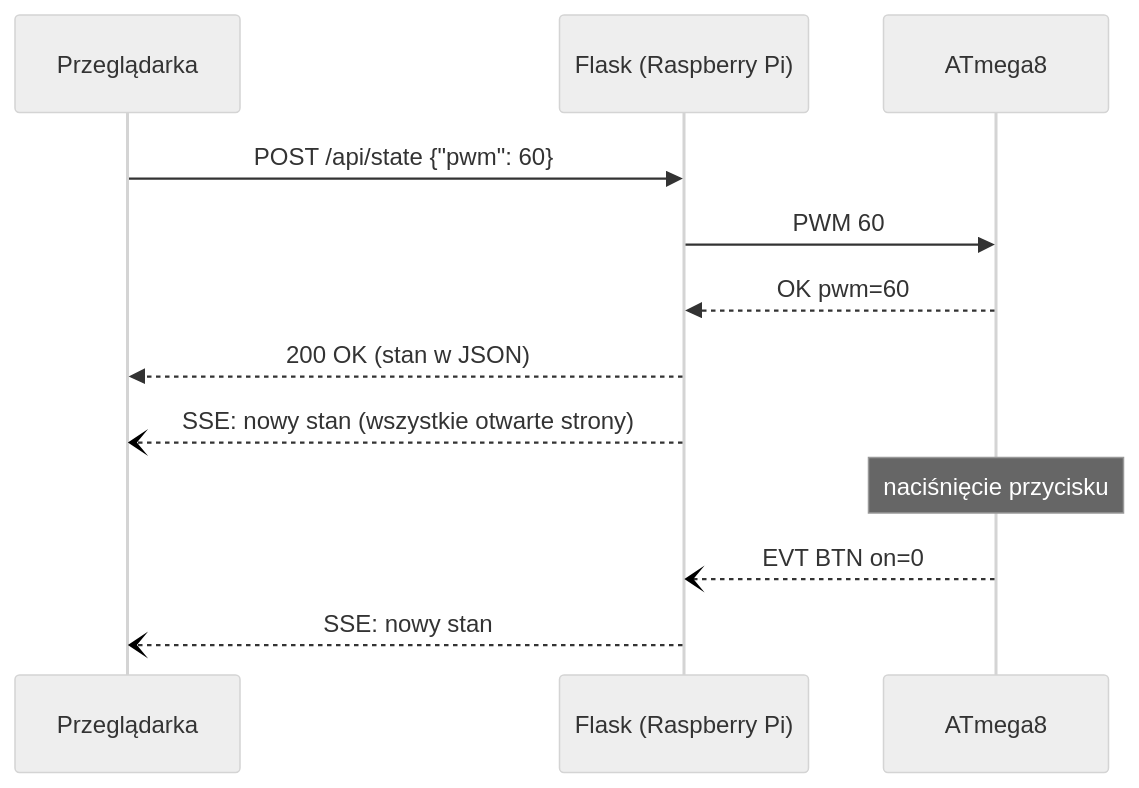
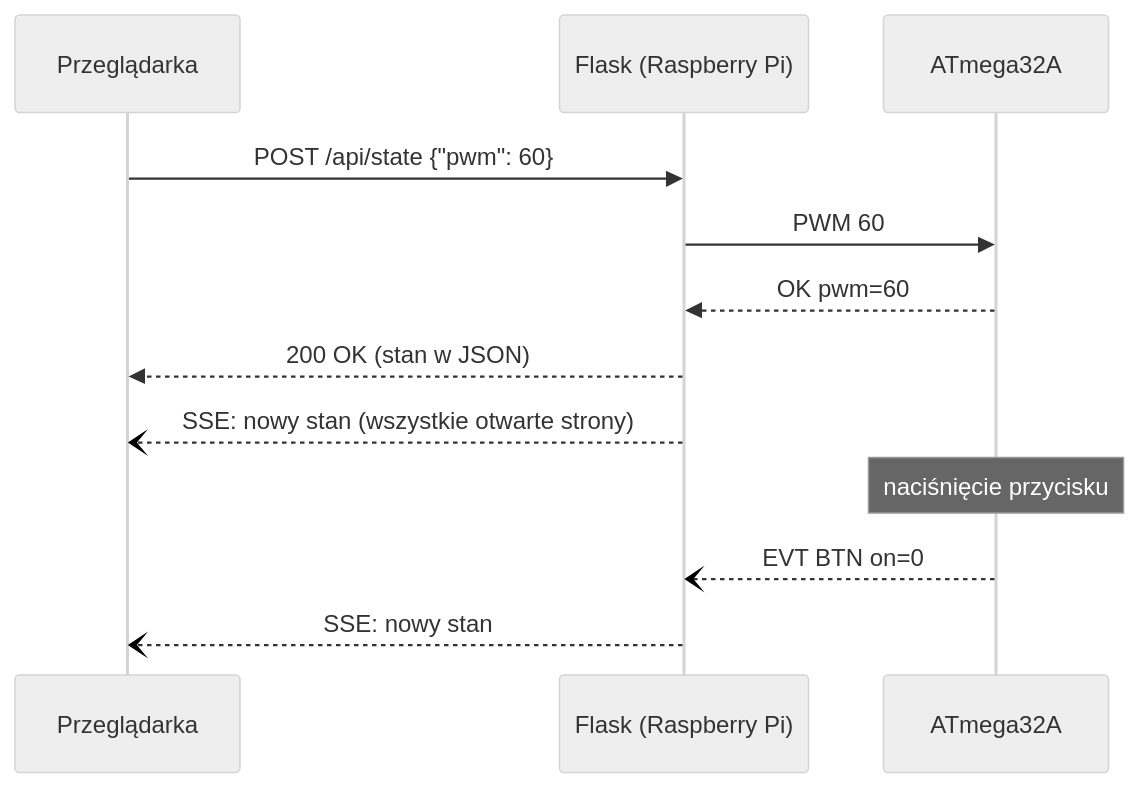
Before and after one commit to kotoanidev/szkola-zdalne-sterowanie: the second of 2 diagrams in README.md, drawn with Mermaid (neutral theme). The commit also changed other lines of this file and 8 other files, not shown here.

````diff
--- a/README.md
+++ b/README.md
@@ -86,14 +89,14 @@
 ```mermaid
 sequenceDiagram
     participant P as Przeglądarka
     participant F as Flask (Raspberry Pi)
-    participant A as ATmega8
+    participant A as ATmega32A
     P->>F: POST /api/state {"pwm": 60}
     F->>A: PWM 60
     A-->>F: OK pwm=60
     F-->>P: 200 OK (stan w JSON)
     F--)P: SSE: nowy stan (wszystkie otwarte strony)
     Note over A: naciśnięcie przycisku
     A--)F: EVT BTN on=0
     F--)P: SSE: nowy stan
 ```
````
